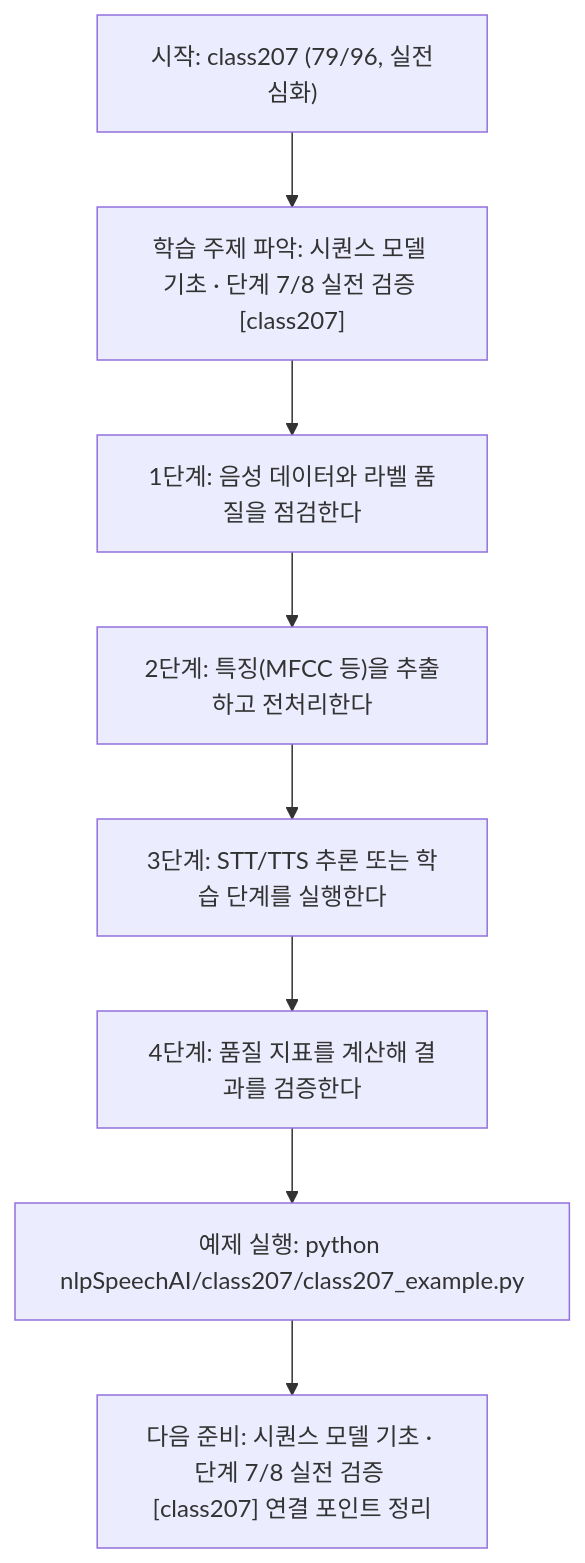
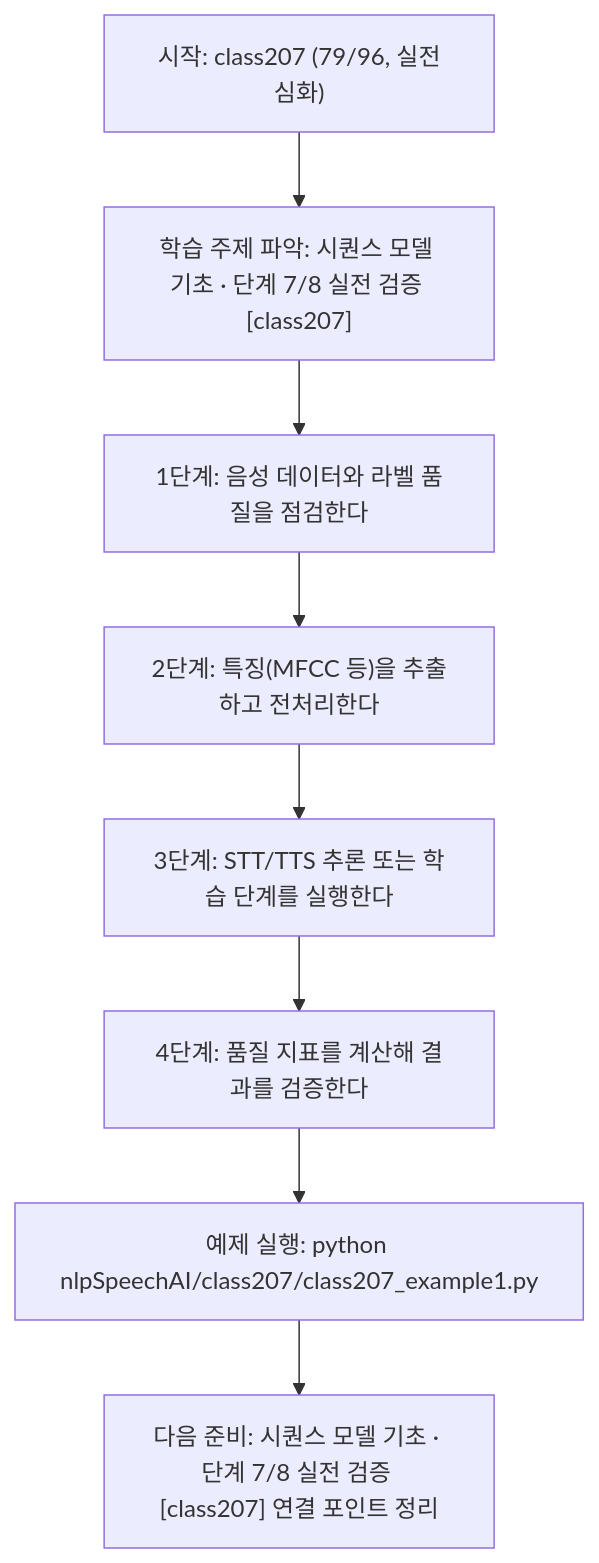
One commit to edumgt/Python-AI_Agent-Class changed the diagram in nlpSpeechAI/class207/class207.md. Above: the diagram before and after it, drawn with Mermaid. The commit also changed other lines of this file and 2959 other files, not shown here.

````diff
--- a/nlpSpeechAI/class207/class207.md
+++ b/nlpSpeechAI/class207/class207.md
@@ -114,18 +114,18 @@
 ```mermaid
 flowchart TD
 N1["시작: class207 (79/96, 실전심화)"]
 N2["학습 주제 파악: 시퀀스 모델 기초 · 단계 7/8 실전 검증 [class207]"]
 N3["1단계: 음성 데이터와 라벨 품질을 점검한다"]
 N4["2단계: 특징(MFCC 등)을 추출하고 전처리한다"]
 N5["3단계: STT/TTS 추론 또는 학습 단계를 실행한다"]
 N6["4단계: 품질 지표를 계산해 결과를 검증한다"]
-N7["예제 실행: python nlpSpeechAI/class207/class207_example.py"]
+N7["예제 실행: python nlpSpeechAI/class207/class207_example1.py"]
 N8["다음 준비: 시퀀스 모델 기초 · 단계 7/8 실전 검증 [class207] 연결 포인트 정리"]
 N1 --> N2
 N2 --> N3
 N3 --> N4
 N4 --> N5
 N5 --> N6
 N6 --> N7
 N7 --> N8
 ```
````
